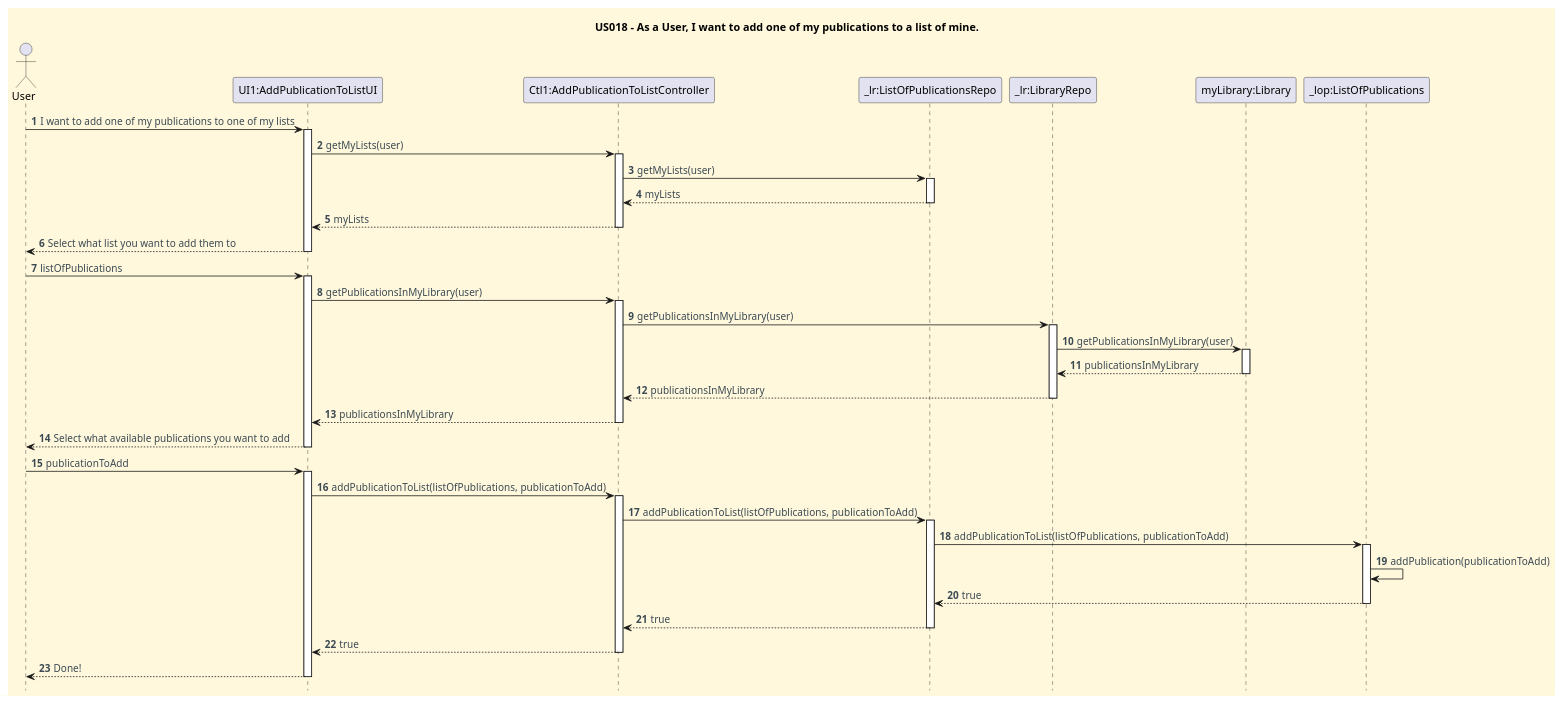
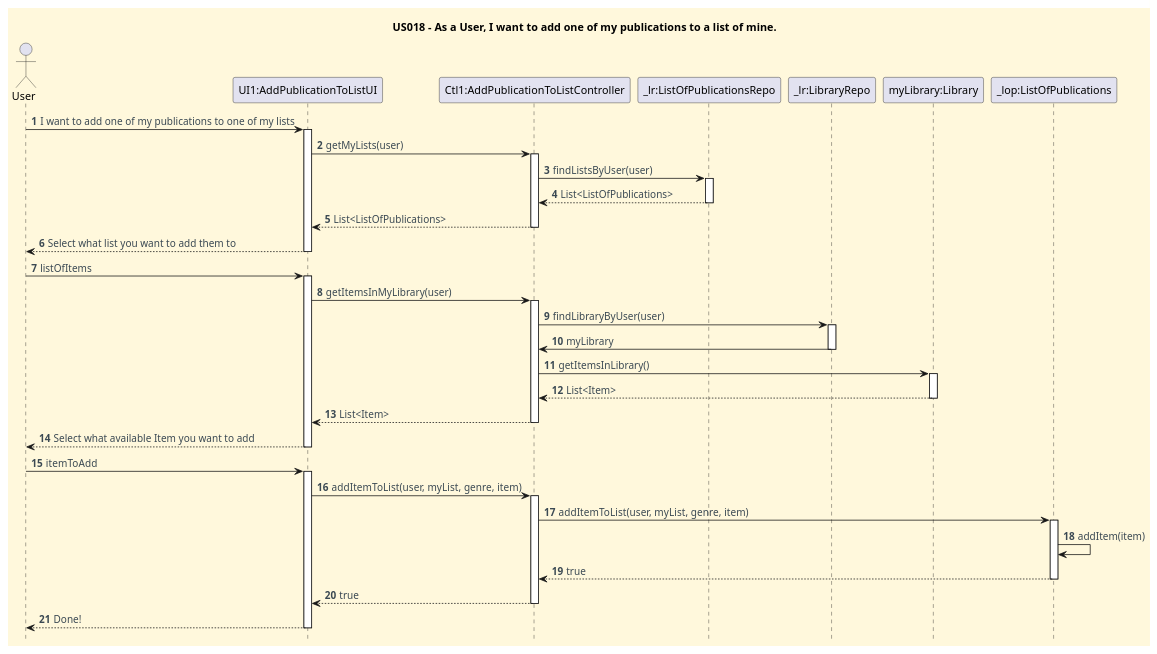
The diagram in docs/userStories/US018/US018_add_mypublication_to_mylist_SD.puml (CarolinaLeite-collab/JavaMarketplacePlatform), drawn with PlantUML before and after one commit. The commit also changed 1 other file, not shown here.

```diff
--- a/docs/userStories/US018/US018_add_mypublication_to_mylist_SD.puml
+++ b/docs/userStories/US018/US018_add_mypublication_to_mylist_SD.puml
@@ -1,79 +1,76 @@
 @startuml
 'https://plantuml.com/sequence-diagram
 hide footbox
 title US018 - As a User, I want to add one of my publications to a list of mine.
 
 '==== basic style ====
 skinparam monochrome false
 skinparam shadowing false
 skinparam defaultFontName Futura
 skinparam objectFontSize 20
 skinparam backgroundColor CornSilk
 skinparam objectBackgroundColor WhiteSmoke
 skinparam noteBackgroundColor #FFFFE0
 skinparam ArrowFontColor #3B4953
 skinparam ActivationBackgroundColor black
 
 autonumber
 autoactivate off
 
 actor User
 participant "UI1:AddPublicationToListUI" as UI
 participant "Ctl1:AddPublicationToListController" as Ctl
 participant "_lr:ListOfPublicationsRepo" as ListRepo
 participant "_lr:LibraryRepo" as LibraryRepo
 participant "myLibrary:Library" as myLibrary
 participant "_lop:ListOfPublications" as ListOfPublications
 
 
 User -> UI : I want to add one of my publications to one of my lists
 activate UI
 UI -> Ctl : getMyLists(user)
 activate Ctl
-Ctl -> ListRepo : getMyLists(user)
+Ctl -> ListRepo : findListsByUser(user)
 activate ListRepo
-ListRepo --> Ctl : myLists
+ListRepo --> Ctl : List<ListOfPublications>
 deactivate ListRepo
-Ctl --> UI : myLists
+Ctl --> UI : List<ListOfPublications>
 deactivate Ctl
 UI --> User : Select what list you want to add them to
 deactivate UI
 
-User -> UI : listOfPublications
+User -> UI : listOfItems
 activate UI
-UI -> Ctl : getPublicationsInMyLibrary(user)
+UI -> Ctl : getItemsInMyLibrary(user)
 activate Ctl
-Ctl -> LibraryRepo : getPublicationsInMyLibrary(user)
+Ctl -> LibraryRepo : findLibraryByUser(user)
 activate LibraryRepo
-LibraryRepo -> myLibrary : getPublicationsInMyLibrary(user)
+LibraryRepo -> Ctl : myLibrary
+deactivate LibraryRepo
+Ctl -> myLibrary : getItemsInLibrary()
 activate myLibrary
-myLibrary --> LibraryRepo : publicationsInMyLibrary
+myLibrary --> Ctl : List<Item>
 deactivate myLibrary
-LibraryRepo --> Ctl : publicationsInMyLibrary
-deactivate LibraryRepo
-Ctl --> UI : publicationsInMyLibrary
+Ctl --> UI : List<Item>
 deactivate Ctl
-UI --> User : Select what available publications you want to add
+UI --> User : Select what available Item you want to add
 deactivate UI
 
-User -> UI: publicationToAdd
+User -> UI: itemToAdd
 activate UI
-UI -> Ctl : addPublicationToList(listOfPublications, publicationToAdd)
+UI -> Ctl : addItemToList(user, myList, genre, item)
 activate Ctl
-Ctl -> ListRepo : addPublicationToList(listOfPublications, publicationToAdd)
-activate ListRepo
-ListRepo -> ListOfPublications : addPublicationToList(listOfPublications, publicationToAdd)
+Ctl  -> ListOfPublications : addItemToList(user, myList, genre, item)
 activate ListOfPublications
-ListOfPublications -> ListOfPublications : addPublication(publicationToAdd)
-ListOfPublications --> ListRepo : true
+ListOfPublications -> ListOfPublications : addItem(item)
+ListOfPublications --> Ctl: true
 deactivate ListOfPublications
-ListRepo --> Ctl: true
 deactivate ListRepo
 Ctl --> UI : true
 deactivate Ctl
 UI --> User : Done!
 deactivate UI
 
 
 
 @enduml
```
